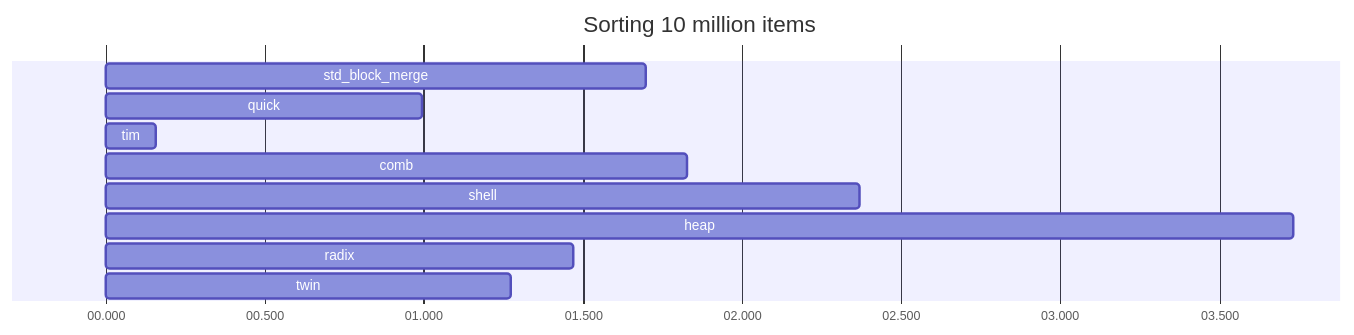
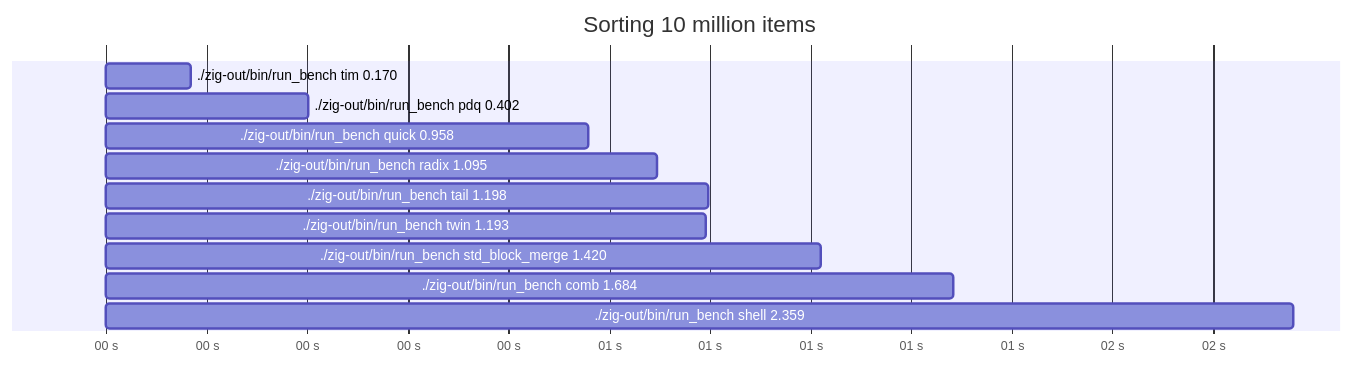
The third of 3 diagrams in README.md (alichraghi/zort), drawn with Mermaid before and after one commit. The commit also changed other lines of this file, not shown here.

Commit message:
update benchmarks and add thanks note

````diff
--- a/README.md
+++ b/README.md
@@ -75,14 +76,15 @@
 ```mermaid
 gantt
     title Sorting 10 million items
     dateFormat x
-    axisFormat %S.%L
-    std_block_merge : 0,1699
-    quick : 0,994
-    tim : 0,159
-    comb : 0,1827
-    shell : 0,2368
-    heap : 0,3733
-    radix : 0,1468
-    twin : 0,1273
+    axisFormat %S s
+    ./zig-out/bin/run_bench tim 0.170: 0,170
+    ./zig-out/bin/run_bench pdq 0.402: 0,402
+    ./zig-out/bin/run_bench quick 0.958: 0,958
+    ./zig-out/bin/run_bench radix 1.095: 0,1095
+    ./zig-out/bin/run_bench tail 1.198: 0,1198
+    ./zig-out/bin/run_bench twin 1.193: 0,1193
+    ./zig-out/bin/run_bench std_block_merge 1.420: 0,1420
+    ./zig-out/bin/run_bench comb 1.684: 0,1684
+    ./zig-out/bin/run_bench shell 2.359: 0,2359
 ```
````
